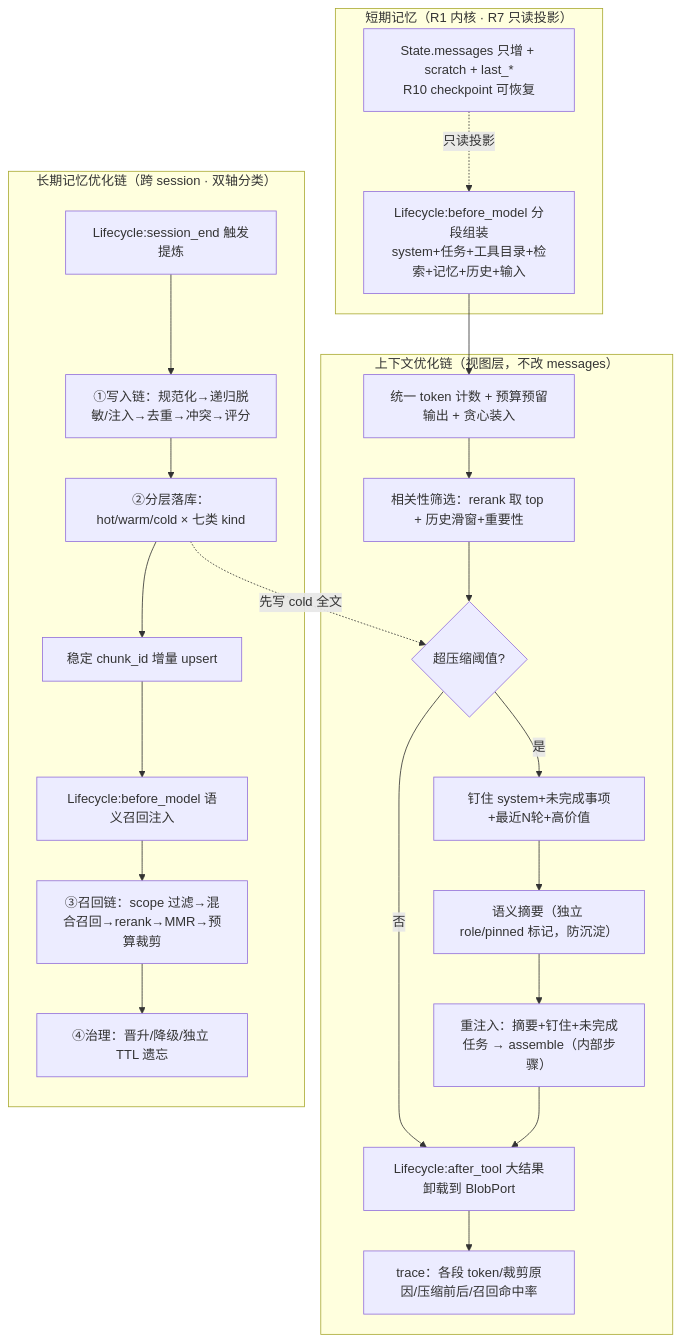
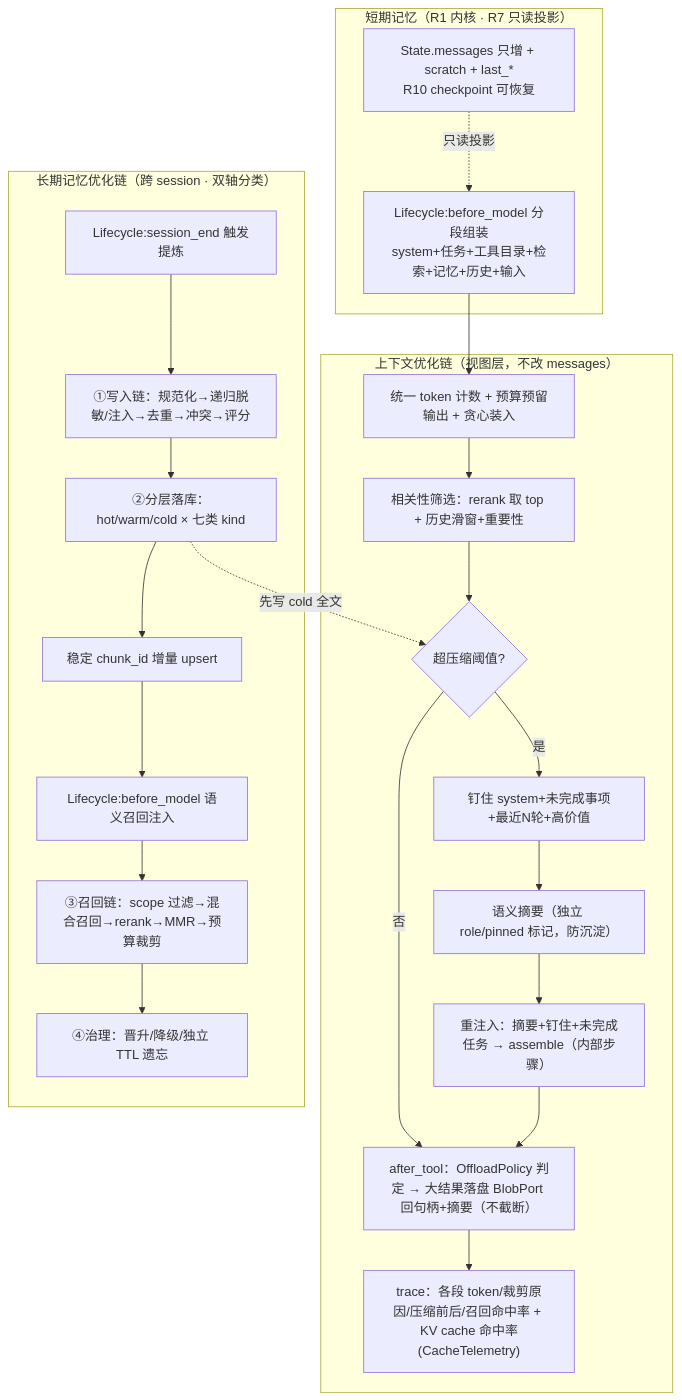
The ninth of 13 diagrams in docs/01-总览与设计/AGENT-总设计.md (sao-lang/lll), drawn with Mermaid before and after one commit. The commit also changed other lines of this file and 159 other files, not shown here.

````diff
--- a/docs/01-总览与设计/AGENT-总设计.md
+++ b/docs/01-总览与设计/AGENT-总设计.md
@@ -1203,27 +1205,27 @@
 ```mermaid
 flowchart TD
     subgraph SHORT["短期记忆（R1 内核 · R7 只读投影）"]
         SM["State.messages 只增 + scratch + last_*<br/>R10 checkpoint 可恢复"] -.->|只读投影| AS
     end
     subgraph 上下文["上下文优化链（视图层，不改 messages）"]
         AS["Lifecycle:before_model 分段组装<br/>system+任务+工具目录+检索+记忆+历史+输入"]
         AS --> BUD["统一 token 计数 + 预算预留输出 + 贪心装入"]
         BUD --> REL["相关性筛选：rerank 取 top + 历史滑窗+重要性"]
         REL --> CP{"超压缩阈值?"}
         CP -->|是| PIN["钉住 system+未完成事项+最近N轮+高价值"]
         PIN --> SUM["语义摘要（独立 role/pinned 标记，防沉淀）"]
         SUM --> REINJ["重注入：摘要+钉住+未完成任务 → assemble（内部步骤）"]
         CP -->|否| OFF
-        REINJ --> OFF["Lifecycle:after_tool 大结果卸载到 BlobPort"]
-        OFF --> OBS["trace：各段 token/裁剪原因/压缩前后/召回命中率"]
+        REINJ --> OFF["after_tool：OffloadPolicy 判定 → 大结果落盘 BlobPort 回句柄+摘要（不截断）"]
+        OFF --> OBS["trace：各段 token/裁剪原因/压缩前后/召回命中率 + KV cache 命中率(CacheTelemetry)"]
     end
     subgraph 记忆["长期记忆优化链（跨 session · 双轴分类）"]
         SE["Lifecycle:session_end 触发提炼"] --> W1["①写入链：规范化→递归脱敏/注入→去重→冲突→评分"]
         W1 --> W2["②分层落库：hot/warm/cold × 七类 kind"]
         W2 --> W3["稳定 chunk_id 增量 upsert"]
         W3 --> MR["Lifecycle:before_model 语义召回注入"]
         MR --> R1["③召回链：scope 过滤→混合召回→rerank→MMR→预算裁剪"]
         R1 --> M5["④治理：晋升/降级/独立 TTL 遗忘"]
     end
     W2 -.->|先写 cold 全文| CP
 ```
````
